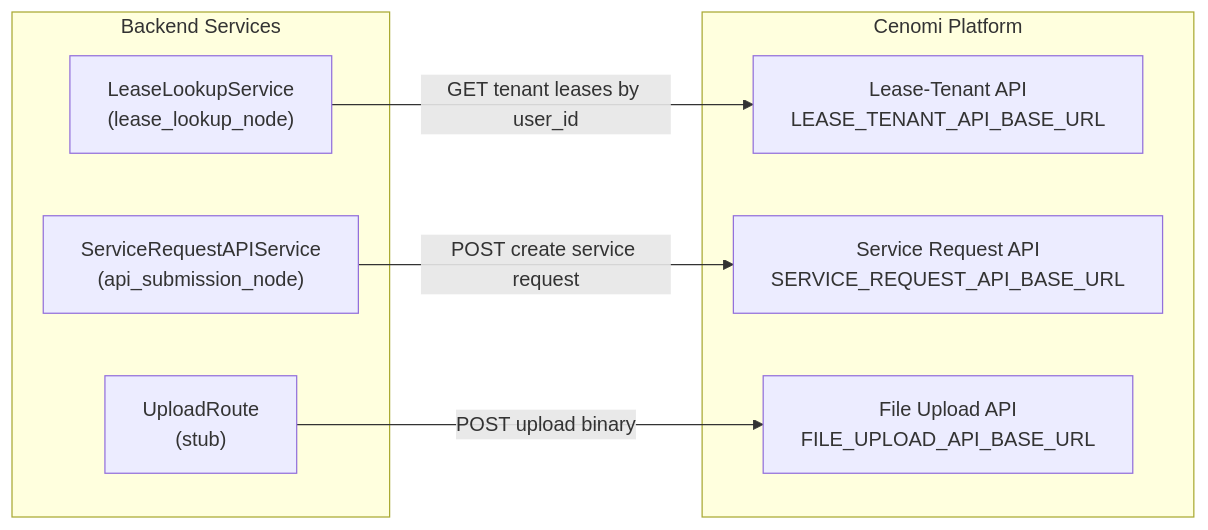
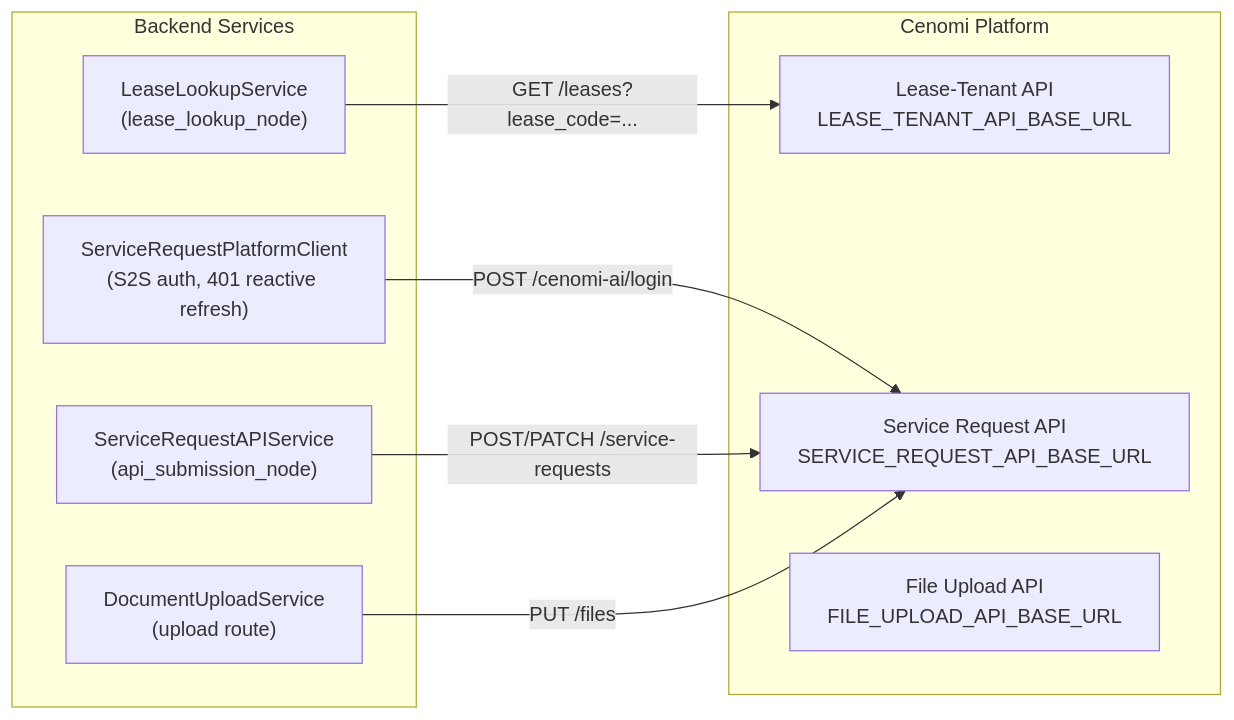
Before and after one commit to swa01wk/Cenomi-RDD-Chatbot: the sixth of 6 diagrams in service-request-chatbot/docs/architecture.md, drawn with Mermaid. The commit also changed other lines of this file and 29 other files, not shown here.

````diff
--- a/service-request-chatbot/docs/architecture.md
+++ b/service-request-chatbot/docs/architecture.md
@@ -406,18 +416,20 @@
 ```mermaid
 graph LR
     subgraph Cenomi Platform
         LEASE["Lease-Tenant API<br/>LEASE_TENANT_API_BASE_URL"]
         SR_API["Service Request API<br/>SERVICE_REQUEST_API_BASE_URL"]
         FILE["File Upload API<br/>FILE_UPLOAD_API_BASE_URL"]
     end
 
     subgraph Backend Services
+        AUTH_CLIENT["ServiceRequestPlatformClient<br/>(S2S auth, 401 reactive refresh)"]
         LL["LeaseLookupService<br/>(lease_lookup_node)"]
         SRA["ServiceRequestAPIService<br/>(api_submission_node)"]
-        FU["UploadRoute<br/>(stub)"]
+        FU["DocumentUploadService<br/>(upload route)"]
     end
 
-    LL -->|GET tenant leases by user_id| LEASE
-    SRA -->|POST create service request| SR_API
-    FU -->|POST upload binary| FILE
+    AUTH_CLIENT -->|POST /cenomi-ai/login| SR_API
+    LL -->|GET /leases?lease_code=...| LEASE
+    SRA -->|POST/PATCH /service-requests| SR_API
+    FU -->|PUT /files| SR_API
 ```
````
